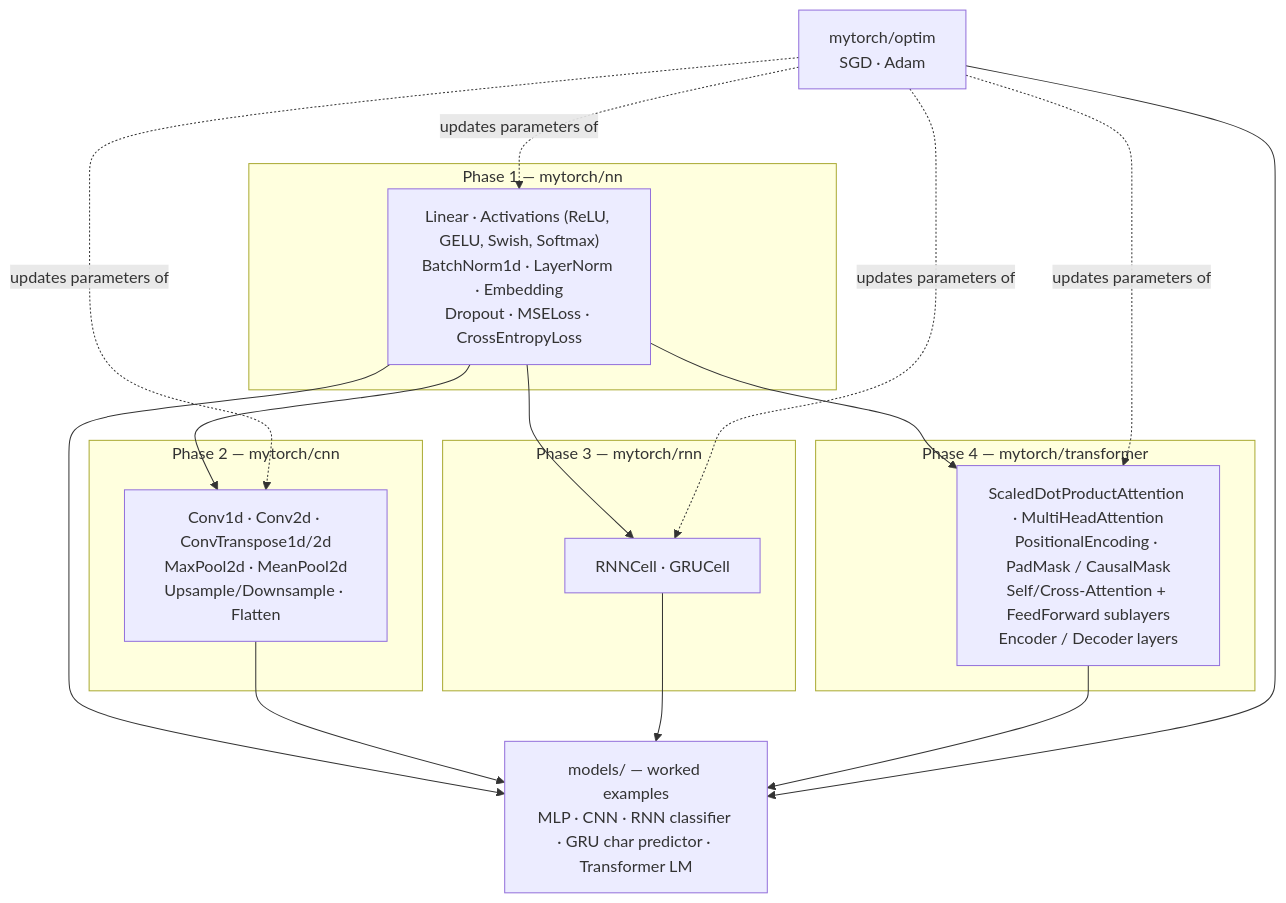
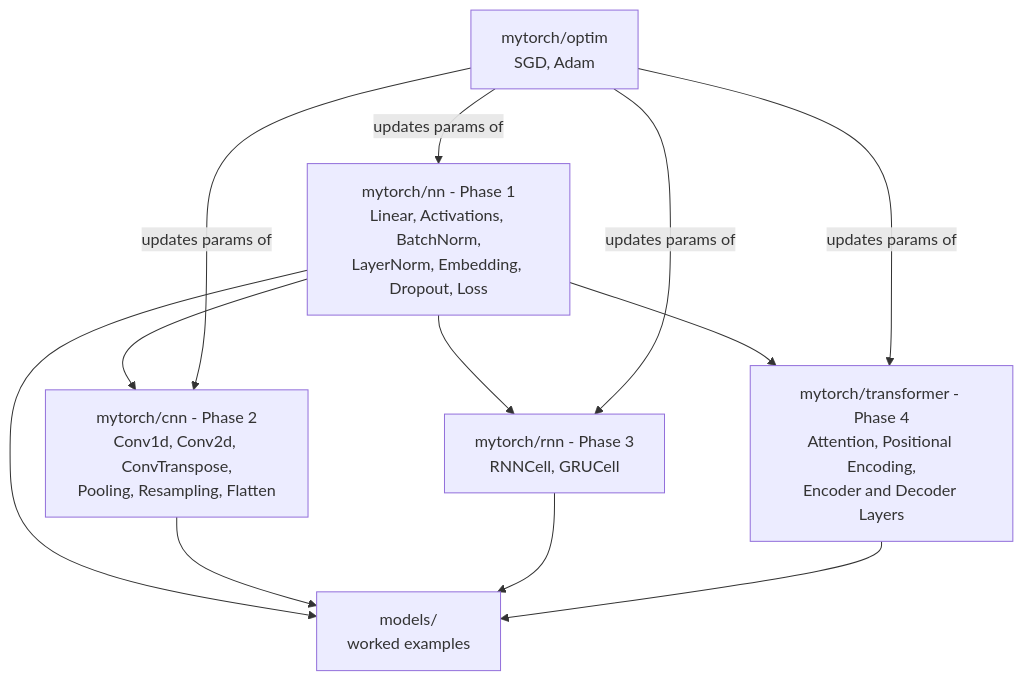
Before and after one commit to AryamanJaggi/MyTorch: the first of 2 diagrams in README.md, drawn with Mermaid. The commit also changed other lines of this file, not shown here.

Commit message:
Simplify Mermaid diagrams to fix GitHub render crash

````diff
--- a/README.md
+++ b/README.md
@@ -15,31 +15,21 @@
 ```mermaid
 graph TD
-    subgraph "Phase 1 — mytorch/nn"
-        NN["Linear · Activations (ReLU, GELU, Swish, Softmax)<br/>BatchNorm1d · LayerNorm · Embedding<br/>Dropout · MSELoss · CrossEntropyLoss"]
-    end
-    subgraph "Phase 2 — mytorch/cnn"
-        CNN["Conv1d · Conv2d · ConvTranspose1d/2d<br/>MaxPool2d · MeanPool2d<br/>Upsample/Downsample · Flatten"]
-    end
-    subgraph "Phase 3 — mytorch/rnn"
-        RNN["RNNCell · GRUCell"]
-    end
-    subgraph "Phase 4 — mytorch/transformer"
-        TR["ScaledDotProductAttention · MultiHeadAttention<br/>PositionalEncoding · PadMask / CausalMask<br/>Self/Cross-Attention + FeedForward sublayers<br/>Encoder / Decoder layers"]
-    end
-    OPT["mytorch/optim<br/>SGD · Adam"]
+    NN["mytorch/nn - Phase 1<br/>Linear, Activations, BatchNorm,<br/>LayerNorm, Embedding, Dropout, Loss"]
+    CNN["mytorch/cnn - Phase 2<br/>Conv1d, Conv2d, ConvTranspose,<br/>Pooling, Resampling, Flatten"]
+    RNN["mytorch/rnn - Phase 3<br/>RNNCell, GRUCell"]
+    TR["mytorch/transformer - Phase 4<br/>Attention, Positional Encoding,<br/>Encoder and Decoder Layers"]
+    OPT["mytorch/optim<br/>SGD, Adam"]
+    MODELS["models/<br/>worked examples"]
 
     NN --> CNN
     NN --> RNN
     NN --> TR
-    OPT -. updates parameters of .-> NN
-    OPT -. updates parameters of .-> CNN
-    OPT -. updates parameters of .-> RNN
-    OPT -. updates parameters of .-> TR
-
-    MODELS["models/ — worked examples<br/>MLP · CNN · RNN classifier · GRU char predictor · Transformer LM"]
     NN --> MODELS
     CNN --> MODELS
     RNN --> MODELS
     TR --> MODELS
-    OPT --> MODELS
+    OPT -->|updates params of| NN
+    OPT -->|updates params of| CNN
+    OPT -->|updates params of| RNN
+    OPT -->|updates params of| TR
 ```
````
